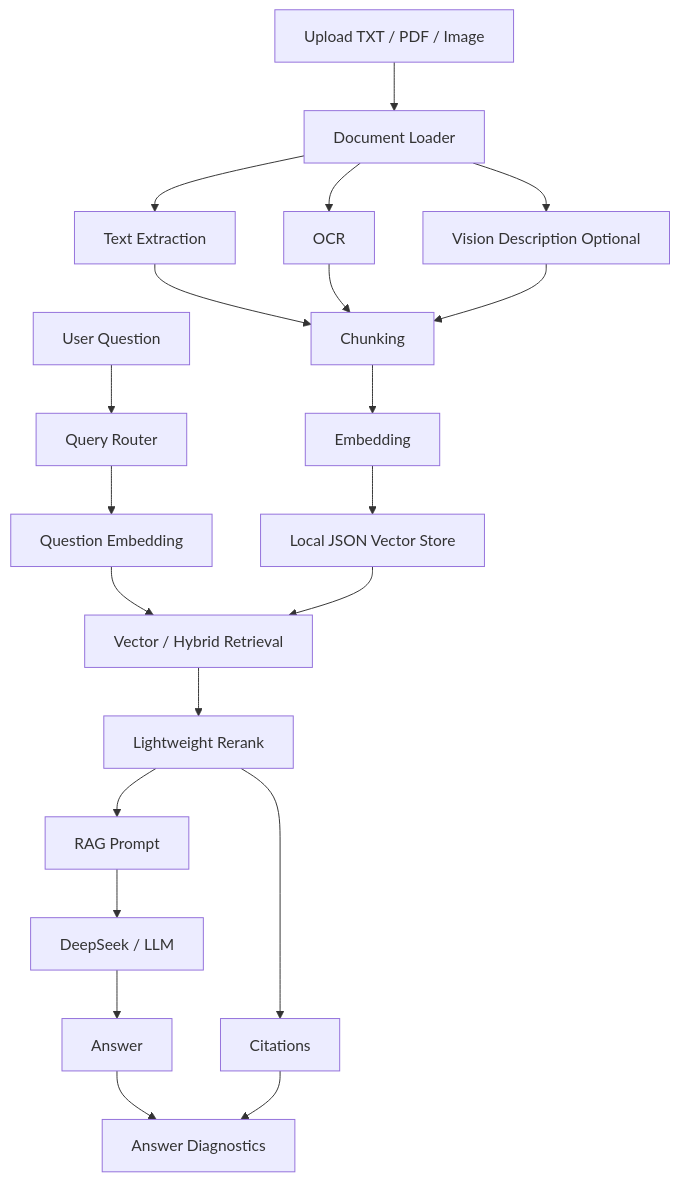
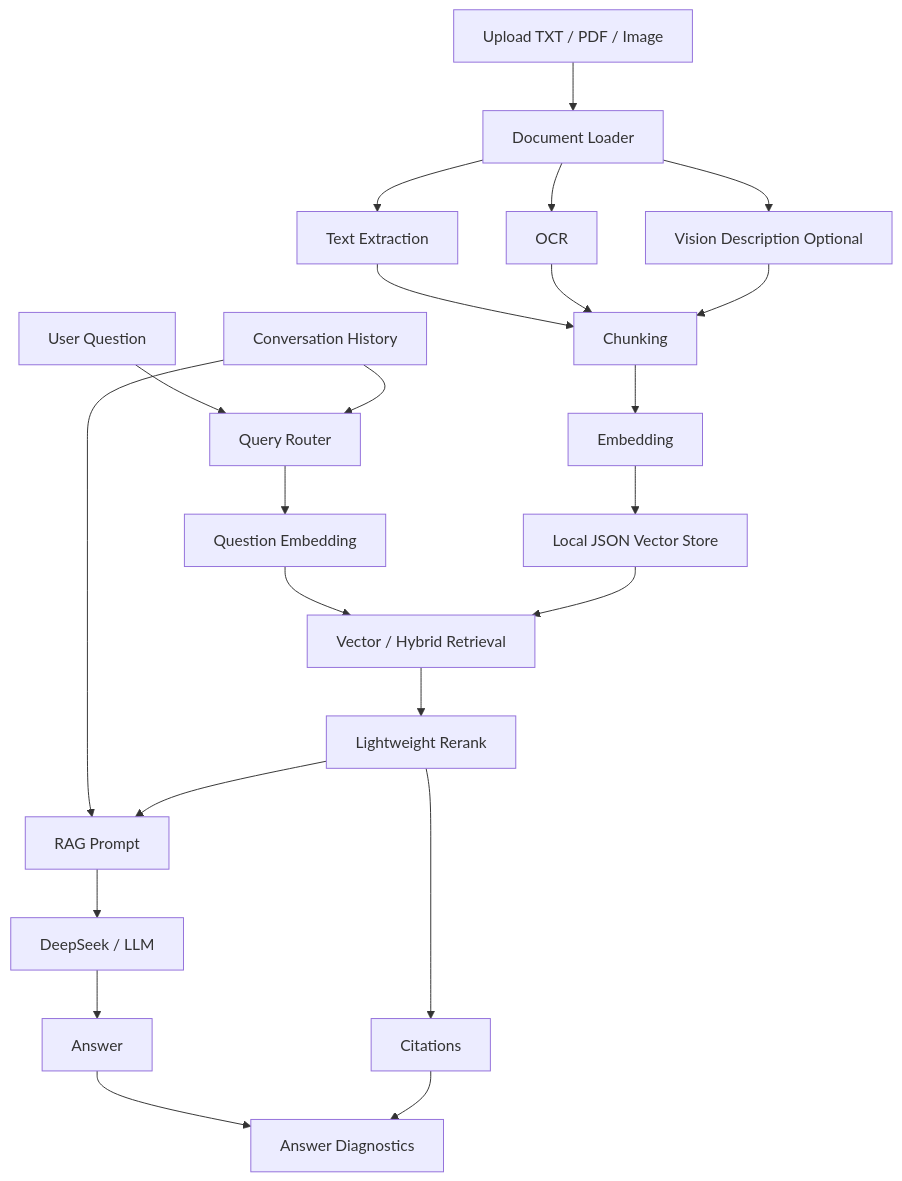
Before and after one commit to ljw826732773-png/multimodal-doc-rag: the diagram in docs/architecture.md, drawn with Mermaid. The commit also changed other lines of this file and 4 other files, not shown here.

````diff
--- a/docs/architecture.md
+++ b/docs/architecture.md
@@ -47,23 +50,25 @@
 ```mermaid
 flowchart TD
     A["Upload TXT / PDF / Image"] --> B["Document Loader"]
     B --> C["Text Extraction"]
     B --> D["OCR"]
     B --> E["Vision Description Optional"]
     C --> F["Chunking"]
     D --> F
     E --> F
     F --> G["Embedding"]
     G --> H["Local JSON Vector Store"]
     I["User Question"] --> Q["Query Router"]
     Q --> J["Question Embedding"]
     J --> K["Vector / Hybrid Retrieval"]
     H --> K
+    S["Conversation History"] --> Q
+    S --> M
     K --> L["Lightweight Rerank"]
     L --> M["RAG Prompt"]
     M --> N["DeepSeek / LLM"]
     N --> O["Answer"]
     L --> P["Citations"]
     O --> R["Answer Diagnostics"]
     P --> R
 ```
````
